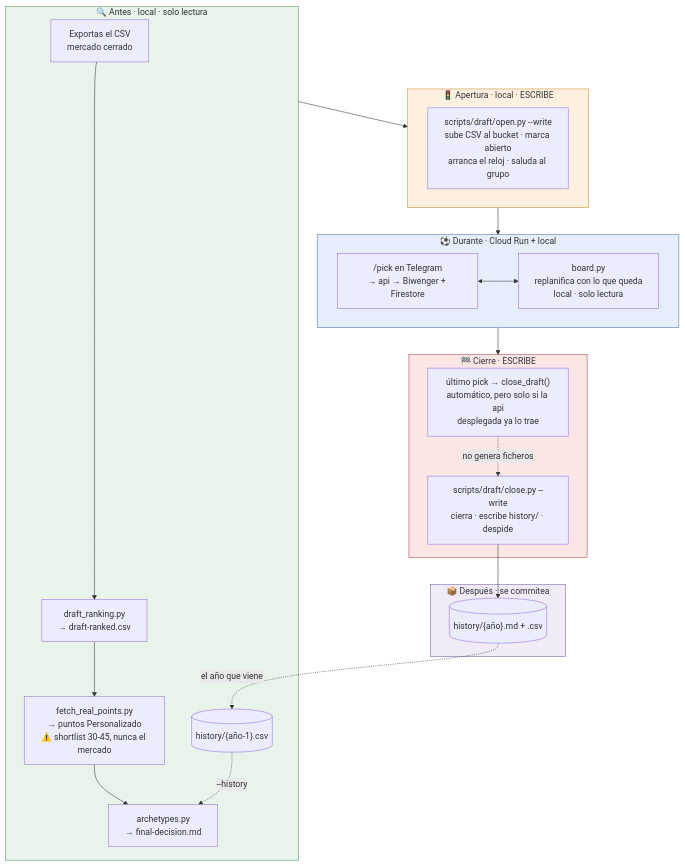
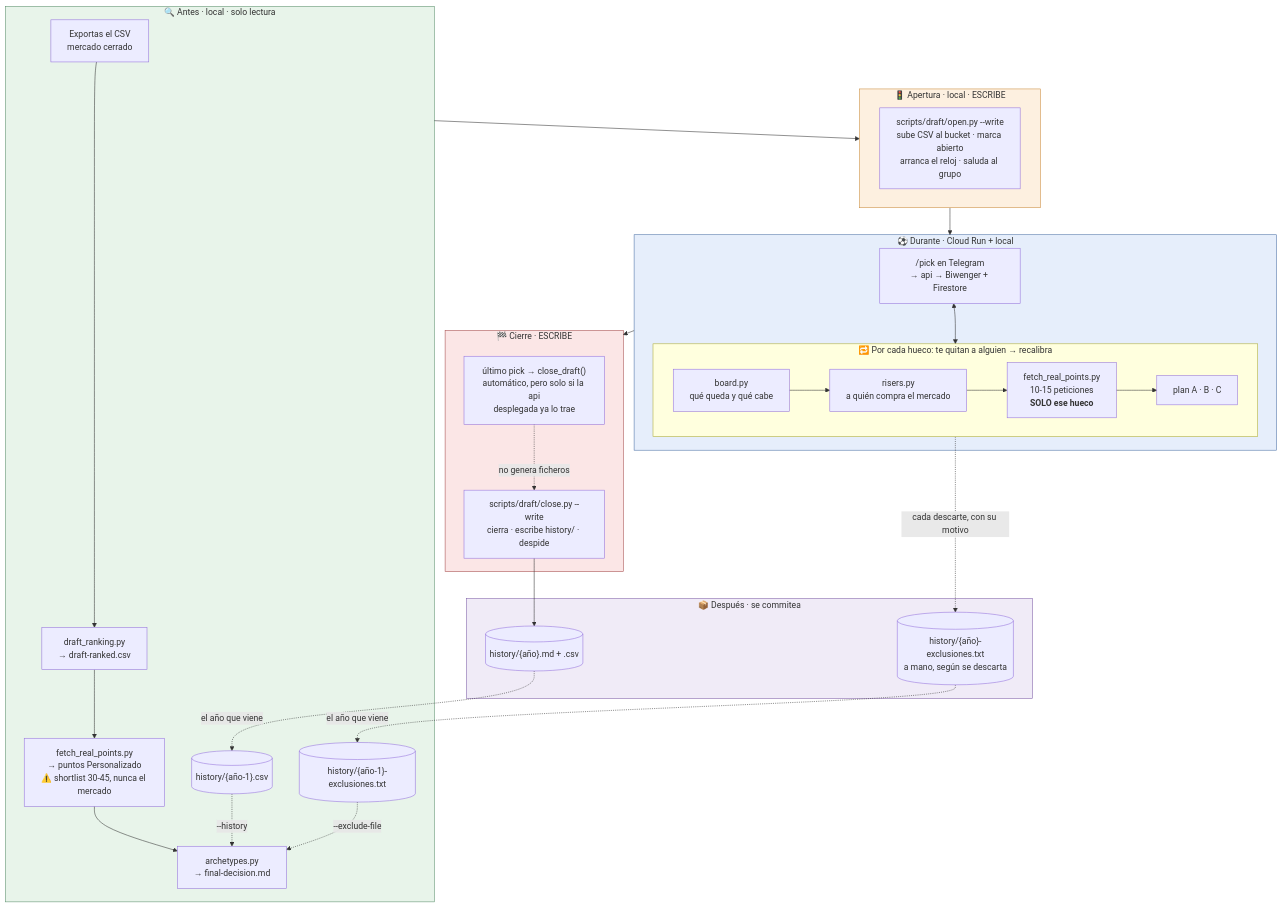
Before and after one commit to jorgelillo7/lillorepo: the diagram in packages/biwenger_tools/.claude/skills/draft/SKILL.md, drawn with Mermaid. The commit also changed other lines of this file and 1 other file, not shown here.

````diff
--- a/packages/biwenger_tools/.claude/skills/draft/SKILL.md
+++ b/packages/biwenger_tools/.claude/skills/draft/SKILL.md
@@ -21,39 +21,48 @@
 ```mermaid
 flowchart TD
     subgraph PREP["🔍 Antes · local · solo lectura"]
         CSV["Exportas el CSV<br/>mercado cerrado"] --> RANK["draft_ranking.py<br/>→ draft-ranked.csv"]
         RANK --> REAL["fetch_real_points.py<br/>→ puntos Personalizado<br/>⚠️ shortlist 30-45, nunca el mercado"]
         REAL --> ARCH["archetypes.py<br/>→ final-decision.md"]
         HIST[("history/{año-1}.csv")] -.->|--history| ARCH
+        EXCL[("history/{año-1}-exclusiones.txt")] -.->|--exclude-file| ARCH
     end
 
     subgraph OPEN["🚦 Apertura · local · ESCRIBE"]
         OP["scripts/draft/open.py --write<br/>sube CSV al bucket · marca abierto<br/>arranca el reloj · saluda al grupo"]
     end
 
     subgraph LIVE["⚽ Durante · Cloud Run + local"]
         BOT["/pick en Telegram<br/>→ api → Biwenger + Firestore"]
-        BOARD["board.py<br/>replanifica con lo que queda<br/>local · solo lectura"]
-        BOT <--> BOARD
+        subgraph LOOP["🔁 Por cada hueco: te quitan a alguien → recalibra"]
+            direction LR
+            L1["board.py<br/>qué queda y qué cabe"] --> L2["risers.py<br/>a quién compra el mercado"]
+            L2 --> L3["fetch_real_points.py<br/>10-15 peticiones<br/><b>SOLO ese hueco</b>"]
+            L3 --> L4["plan A · B · C"]
+        end
+        BOT <--> LOOP
     end
 
     subgraph CLOSE["🏁 Cierre · ESCRIBE"]
         AUTO["último pick → close_draft()<br/>automático, pero solo si la api<br/>desplegada ya lo trae"]
         MAN["scripts/draft/close.py --write<br/>cierra · escribe history/ · despide"]
     end
 
     subgraph AFTER["📦 Después · se commitea"]
         OUT[("history/{año}.md + .csv")]
+        VETO[("history/{año}-exclusiones.txt<br/>a mano, según se descarta")]
     end
 
     PREP --> OPEN --> LIVE --> CLOSE
     AUTO -.->|"no genera ficheros"| MAN
     MAN --> OUT
+    LOOP -.->|"cada descarte, con su motivo"| VETO
     OUT -.->|"el año que viene"| HIST
+    VETO -.->|"el año que viene"| EXCL
 
     style PREP fill:#e8f4ea,stroke:#5a8f6b
     style OPEN fill:#fdf0e0,stroke:#c98a3a
     style LIVE fill:#e6eefb,stroke:#4a6fa5
     style CLOSE fill:#fbe6e6,stroke:#a54a4a
     style AFTER fill:#f0ebf7,stroke:#7a5aa5
 ```
````
